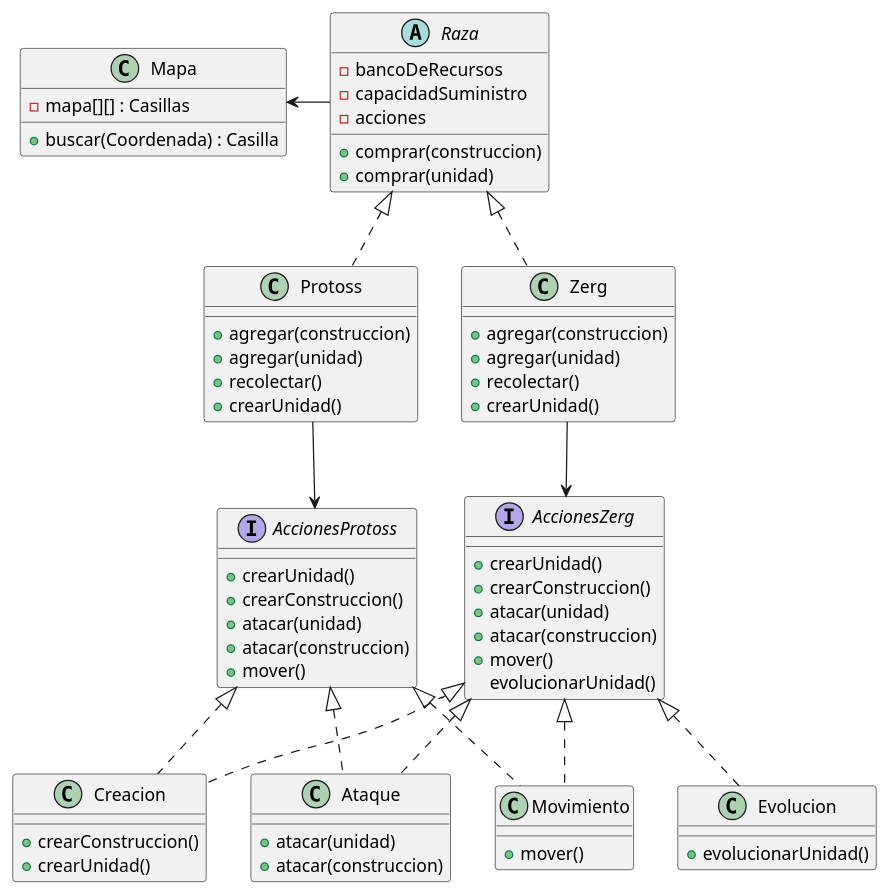
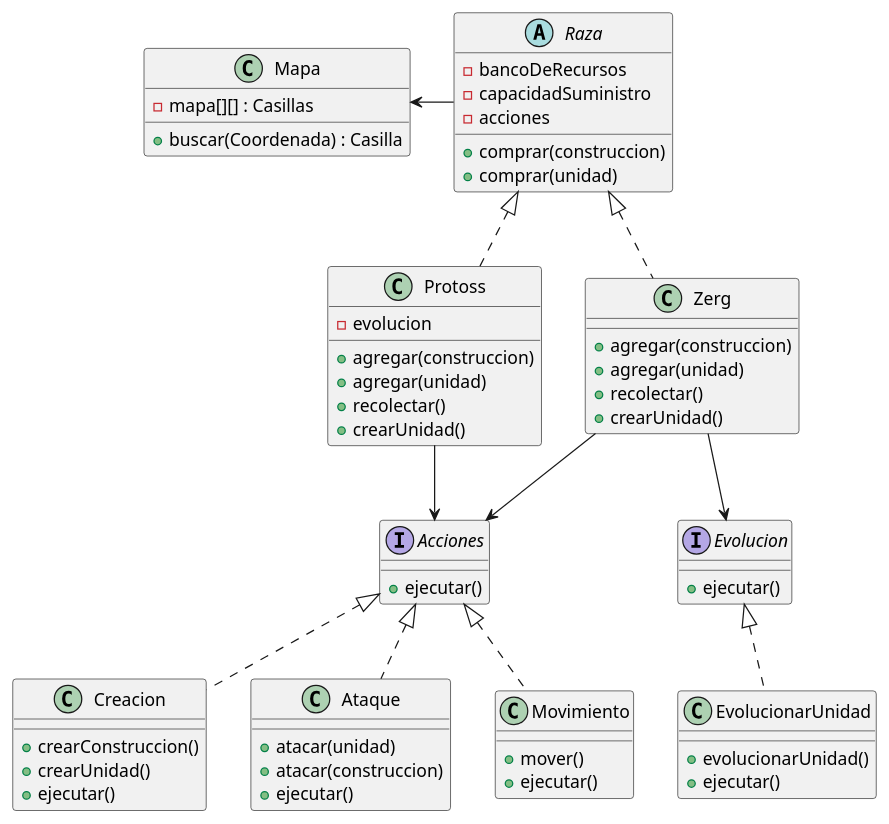
Before and after one commit to GiaWong/Algo3_TP2_2C2022: the diagram in diagrams/classes/Modelo3/ModeloAcciones.puml, drawn with PlantUML.

Commit message:
Actualizacion modelo de Acciones.

```diff
--- a/diagrams/classes/Modelo3/ModeloAcciones.puml
+++ b/diagrams/classes/Modelo3/ModeloAcciones.puml
@@ -1,87 +1,81 @@
 @startuml
 'https://plantuml.com/class-diagram
 
 
 abstract class Raza {
     - bancoDeRecursos
     - capacidadSuministro
     - acciones
 
     + comprar(construccion)
     + comprar(unidad)
 }
 
 class Zerg {
     + agregar(construccion)
     + agregar(unidad)
     + recolectar()
     + crearUnidad()
 }
 
 class Protoss {
+    - evolucion
     + agregar(construccion)
     + agregar(unidad)
     + recolectar()
     + crearUnidad()
 }
 
-interface AccionesProtoss {
-    +crearUnidad()
-    +crearConstruccion()
-    +atacar(unidad)
-    +atacar(construccion)
-    +mover()
-}
-
-interface AccionesZerg {
-    +crearUnidad()
-    +crearConstruccion()
-    +atacar(unidad)
-    +atacar(construccion)
-    +mover()
-    evolucionarUnidad()
+interface Acciones {
+    +ejecutar()
 }
 
 class Creacion {
     + crearConstruccion()
     + crearUnidad()
+    + ejecutar()
 }
 
 class Ataque {
     + atacar(unidad)
     + atacar(construccion)
+    + ejecutar()
 }
 
 class Movimiento {
     + mover()
+    + ejecutar()
 }
 
-class Evolucion {
+class EvolucionarUnidad {
     + evolucionarUnidad()
+    + ejecutar()
 }
 
 class Mapa {
     - mapa[][] : Casillas
 
     + buscar(Coordenada) : Casilla
 }
 
+interface Evolucion {
+    + ejecutar()
+}
+
 Mapa <- Raza
 Raza <|.. Zerg
 Raza <|.. Protoss
 
-Zerg --> AccionesZerg
-Protoss --> AccionesProtoss
-AccionesZerg <|.. Creacion
-AccionesZerg <|.. Ataque
-AccionesZerg <|.. Movimiento
-AccionesZerg <|.. Evolucion
+Zerg --> Acciones
+Protoss --> Acciones
+Acciones <|.. Creacion
+Acciones <|.. Ataque
+Acciones <|.. Movimiento
 
-AccionesProtoss <|.. Creacion
-AccionesProtoss <|.. Ataque
-AccionesProtoss <|.. Movimiento
+Zerg --> Evolucion
+Evolucion <|.. EvolucionarUnidad
 
 
 
 
 @enduml
```
